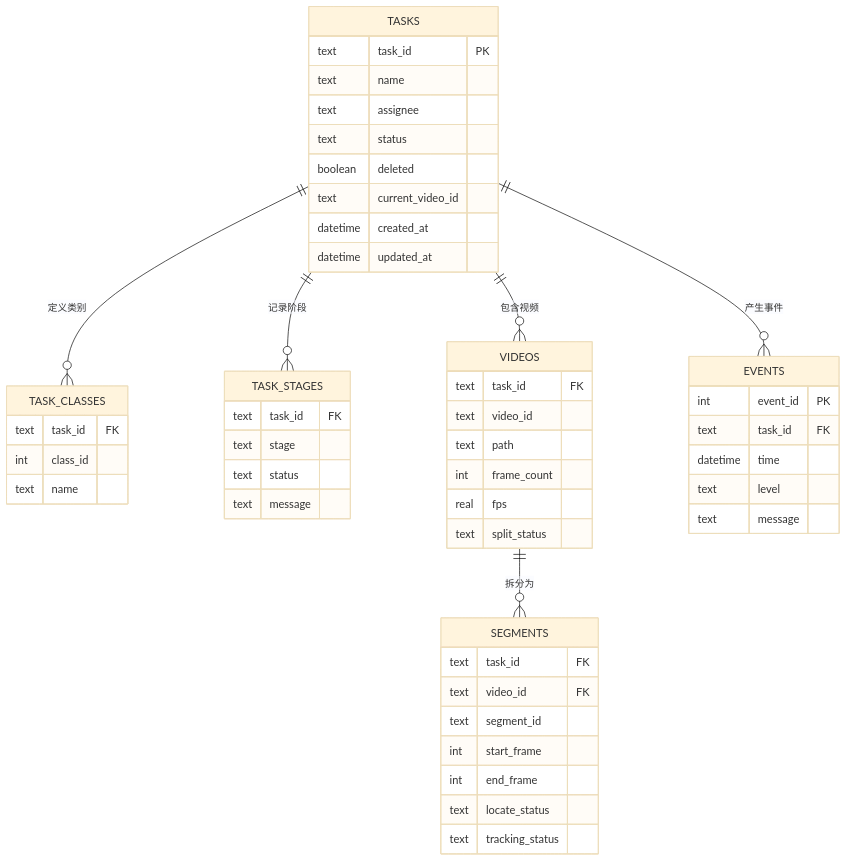
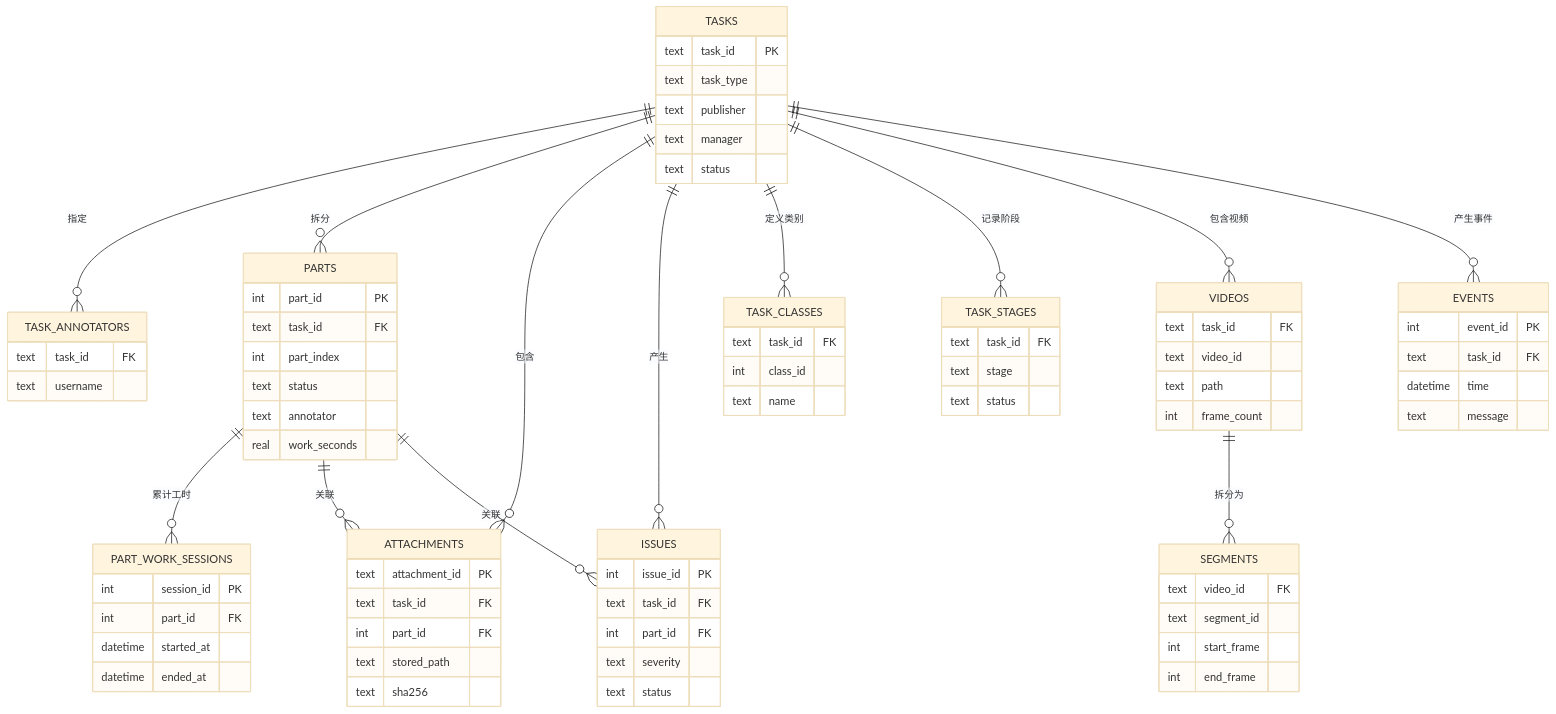
One commit to JasenZ2000/VideoAnnotate changed the fifth of 6 diagrams in docs/platform-capabilities.md. Above: the diagram before and after it, drawn with Mermaid (base theme). The commit also changed other lines of this file and 12 other files, not shown here.

````diff
--- a/docs/platform-capabilities.md
+++ b/docs/platform-capabilities.md
@@ -96,54 +123,27 @@
 ```mermaid
 erDiagram
+    TASKS ||--o{ TASK_ANNOTATORS : "指定"
+    TASKS ||--o{ PARTS : "拆分"
+    PARTS ||--o{ PART_WORK_SESSIONS : "累计工时"
+    TASKS ||--o{ ATTACHMENTS : "包含"
+    PARTS ||--o{ ATTACHMENTS : "关联"
+    TASKS ||--o{ ISSUES : "产生"
+    PARTS ||--o{ ISSUES : "关联"
     TASKS ||--o{ TASK_CLASSES : "定义类别"
     TASKS ||--o{ TASK_STAGES : "记录阶段"
     TASKS ||--o{ VIDEOS : "包含视频"
+    VIDEOS ||--o{ SEGMENTS : "拆分为"
     TASKS ||--o{ EVENTS : "产生事件"
-    VIDEOS ||--o{ SEGMENTS : "拆分为"
 
-    TASKS {
-        text task_id PK
-        text name
-        text assignee
-        text status
-        boolean deleted
-        text current_video_id
-        datetime created_at
-        datetime updated_at
-    }
-    TASK_CLASSES {
-        text task_id FK
-        int class_id
-        text name
-    }
-    TASK_STAGES {
-        text task_id FK
-        text stage
-        text status
-        text message
-    }
-    VIDEOS {
-        text task_id FK
-        text video_id
-        text path
-        int frame_count
-        real fps
-        text split_status
-    }
-    SEGMENTS {
-        text task_id FK
-        text video_id FK
-        text segment_id
-        int start_frame
-        int end_frame
-        text locate_status
-        text tracking_status
-    }
-    EVENTS {
-        int event_id PK
-        text task_id FK
-        datetime time
-        text level
-        text message
-    }
+    TASKS { text task_id PK text task_type text publisher text manager text status }
+    TASK_ANNOTATORS { text task_id FK text username }
+    PARTS { int part_id PK text task_id FK int part_index text status text annotator real work_seconds }
+    PART_WORK_SESSIONS { int session_id PK int part_id FK datetime started_at datetime ended_at }
+    ATTACHMENTS { text attachment_id PK text task_id FK int part_id FK text stored_path text sha256 }
+    ISSUES { int issue_id PK text task_id FK int part_id FK text severity text status }
+    TASK_CLASSES { text task_id FK int class_id text name }
+    TASK_STAGES { text task_id FK text stage text status }
+    VIDEOS { text task_id FK text video_id text path int frame_count }
+    SEGMENTS { text video_id FK text segment_id int start_frame int end_frame }
+    EVENTS { int event_id PK text task_id FK datetime time text message }
 ```
````
